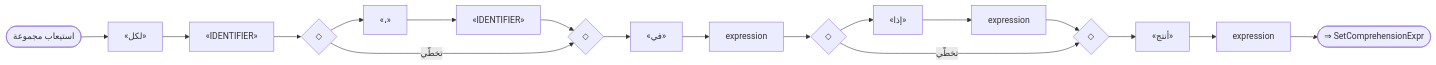
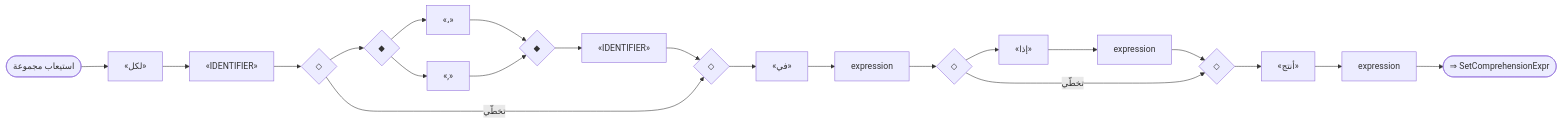
Diagram 27 of 57 in docs/parser_rule/_generated/60_advanced.md (sadlang/sadlang), drawn with Mermaid before and after one commit. The commit also changed other lines of this file and 103 other files, not shown here.

````diff
--- a/docs/parser_rule/_generated/60_advanced.md
+++ b/docs/parser_rule/_generated/60_advanced.md
@@ -879,36 +900,43 @@
 ```mermaid
 flowchart LR
   n1(["استيعاب مجموعة"])
   n2["«لكل»"]
   n3["«IDENTIFIER»"]
   n2 --> n3
   n4{"◇"}
   n5{"◇"}
-  n6["«،»"]
-  n7["«IDENTIFIER»"]
-  n6 --> n7
+  n6{"◆"}
+  n7{"◆"}
+  n8["«،»"]
+  n6 --> n8
+  n8 --> n7
+  n9["«,»"]
+  n6 --> n9
+  n9 --> n7
+  n10["«IDENTIFIER»"]
+  n7 --> n10
   n4 --> n6
-  n7 --> n5
+  n10 --> n5
   n4 -- "تخطّي" --> n5
   n3 --> n4
-  n8["«في»"]
-  n5 --> n8
-  n9["expression"]
-  n8 --> n9
-  n10{"◇"}
-  n11{"◇"}
-  n12["«إذا»"]
-  n13["expression"]
+  n11["«في»"]
+  n5 --> n11
+  n12["expression"]
+  n11 --> n12
+  n13{"◇"}
+  n14{"◇"}
+  n15["«إذا»"]
+  n16["expression"]
+  n15 --> n16
+  n13 --> n15
+  n16 --> n14
+  n13 -- "تخطّي" --> n14
   n12 --> n13
-  n10 --> n12
-  n13 --> n11
-  n10 -- "تخطّي" --> n11
-  n9 --> n10
-  n14["«أنتج»"]
-  n11 --> n14
-  n15["expression"]
-  n14 --> n15
+  n17["«أنتج»"]
+  n14 --> n17
+  n18["expression"]
+  n17 --> n18
   n1 --> n2
-  n16(["⇒ SetComprehensionExpr"])
-  n15 --> n16
+  n19(["⇒ SetComprehensionExpr"])
+  n18 --> n19
 ```
````
